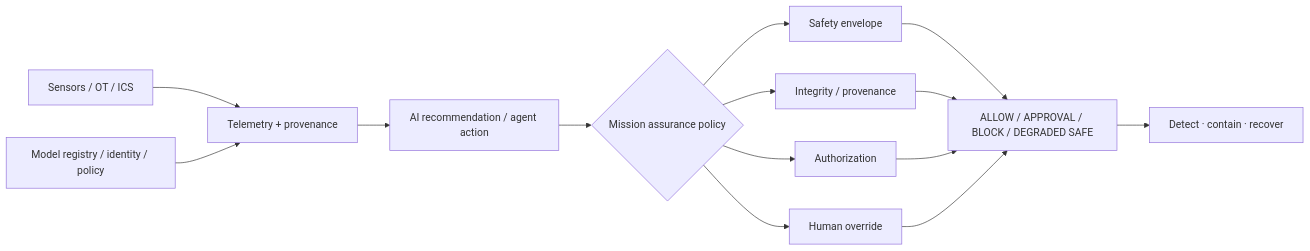
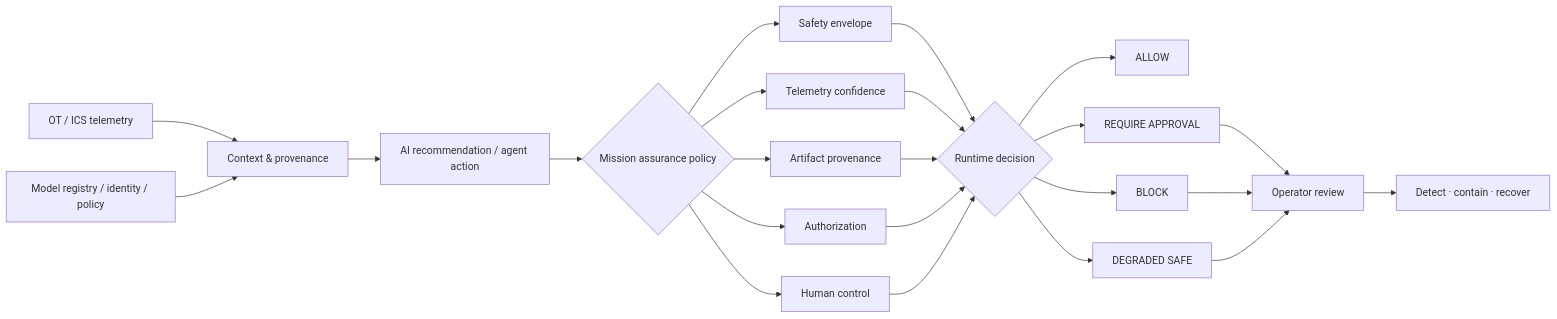
One commit to VinayK88/InfraGuard-AI changed the diagram in README.md. Above: the diagram before and after it, drawn with Mermaid. The commit also changed other lines of this file, not shown here.

````diff
--- a/README.md
+++ b/README.md
@@ -34,16 +108,31 @@
 ```mermaid
 flowchart LR
- S[Sensors / OT / ICS] --> T[Telemetry + provenance]
- R[Model registry / identity / policy] --> T
- T --> A[AI recommendation / agent action]
- A --> P{Mission assurance policy}
- P --> E[Safety envelope]
- P --> I[Integrity / provenance]
- P --> Z[Authorization]
- P --> H[Human override]
- E --> D[ALLOW / APPROVAL / BLOCK / DEGRADED SAFE]
- I --> D
- Z --> D
- H --> D
- D --> M[Detect · contain · recover]
+    A[OT / ICS telemetry] --> C[Context & provenance]
+    B[Model registry / identity / policy] --> C
+    C --> D[AI recommendation / agent action]
+
+    D --> E{Mission assurance policy}
+
+    E --> F[Safety envelope]
+    E --> G[Telemetry confidence]
+    E --> H[Artifact provenance]
+    E --> I[Authorization]
+    E --> J[Human control]
+
+    F --> K{Runtime decision}
+    G --> K
+    H --> K
+    I --> K
+    J --> K
+
+    K --> L[ALLOW]
+    K --> M[REQUIRE APPROVAL]
+    K --> N[BLOCK]
+    K --> O[DEGRADED SAFE]
+
+    M --> P[Operator review]
+    N --> P
+    O --> P
+
+    P --> Q[Detect · contain · recover]
 ```
````
